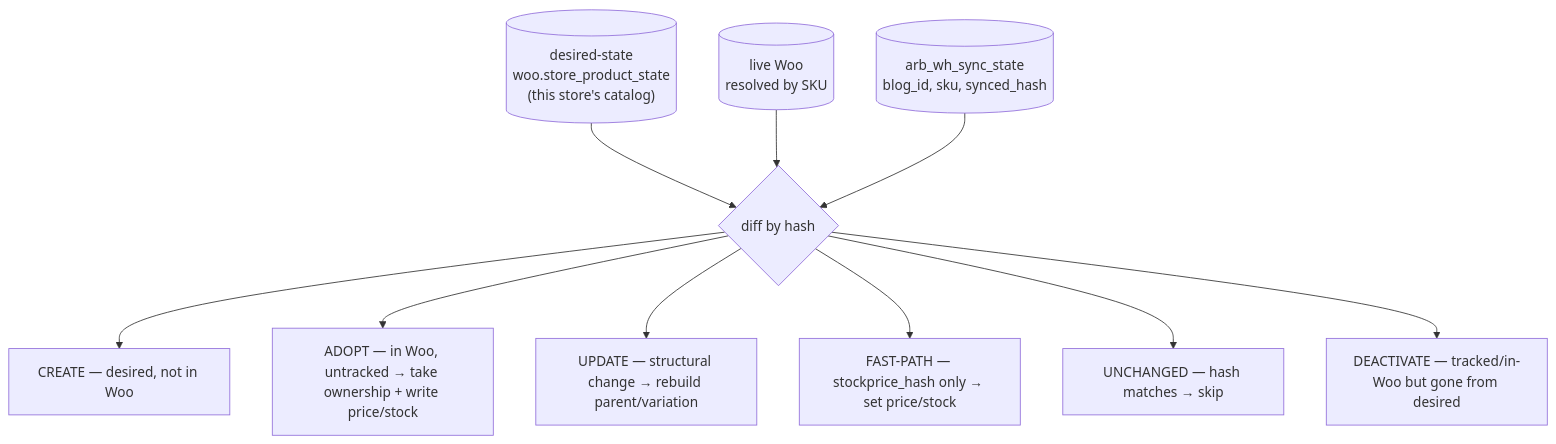
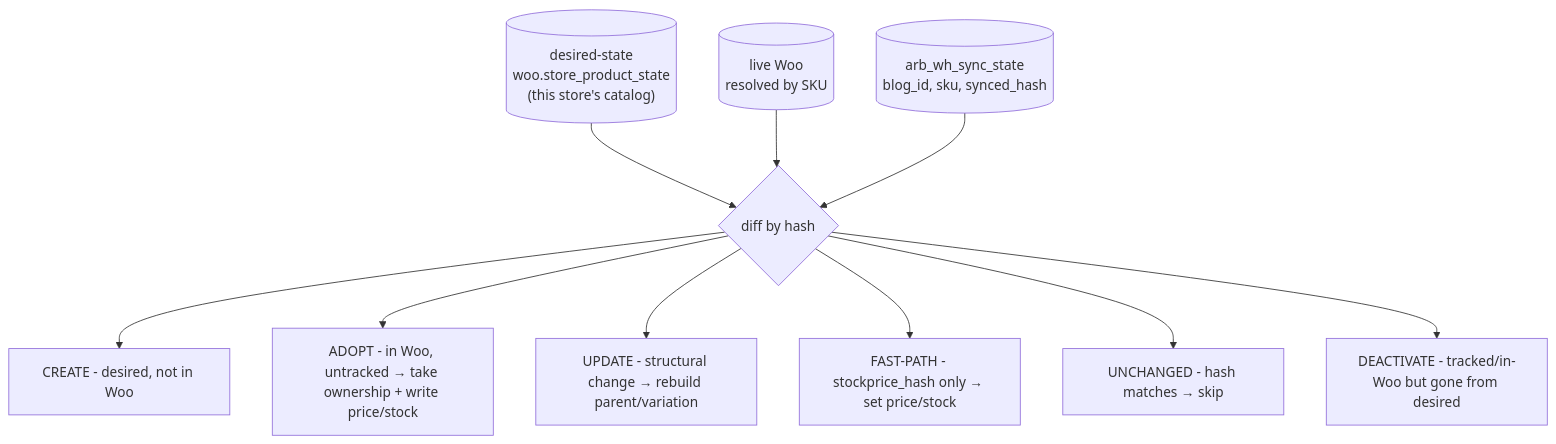
Before and after one commit to joe-gh/arb-data-warehouse: the seventh of 9 diagrams in docs/ARB_ODBC_PIPELINE_AND_PROTECTIONS.md, drawn with Mermaid. The commit also changed other lines of this file and 176 other files, not shown here.

First line of the commit message:
Add logo-admin app, warehouse infra, and SQL schema

````diff
--- a/docs/ARB_ODBC_PIPELINE_AND_PROTECTIONS.md
+++ b/docs/ARB_ODBC_PIPELINE_AND_PROTECTIONS.md
@@ -313,13 +313,13 @@
 ```mermaid
 flowchart TB
     DS[("desired-state<br/>woo.store_product_state<br/>(this store's catalog)")] --> DIFF
     LIVE[("live Woo<br/>resolved by SKU")] --> DIFF
     STATE[("arb_wh_sync_state<br/>blog_id, sku, synced_hash")] --> DIFF
     DIFF{"diff by hash"}
-    DIFF --> CREATE["CREATE — desired, not in Woo"]
-    DIFF --> ADOPT["ADOPT — in Woo, untracked → take ownership + write price/stock"]
-    DIFF --> UPDATE["UPDATE — structural change → rebuild parent/variation"]
-    DIFF --> FAST["FAST-PATH — stockprice_hash only → set price/stock"]
-    DIFF --> UNCH["UNCHANGED — hash matches → skip"]
-    DIFF --> DEACT["DEACTIVATE — tracked/in-Woo but gone from desired"]
+    DIFF --> CREATE["CREATE - desired, not in Woo"]
+    DIFF --> ADOPT["ADOPT - in Woo, untracked → take ownership + write price/stock"]
+    DIFF --> UPDATE["UPDATE - structural change → rebuild parent/variation"]
+    DIFF --> FAST["FAST-PATH - stockprice_hash only → set price/stock"]
+    DIFF --> UNCH["UNCHANGED - hash matches → skip"]
+    DIFF --> DEACT["DEACTIVATE - tracked/in-Woo but gone from desired"]
 ```
````
